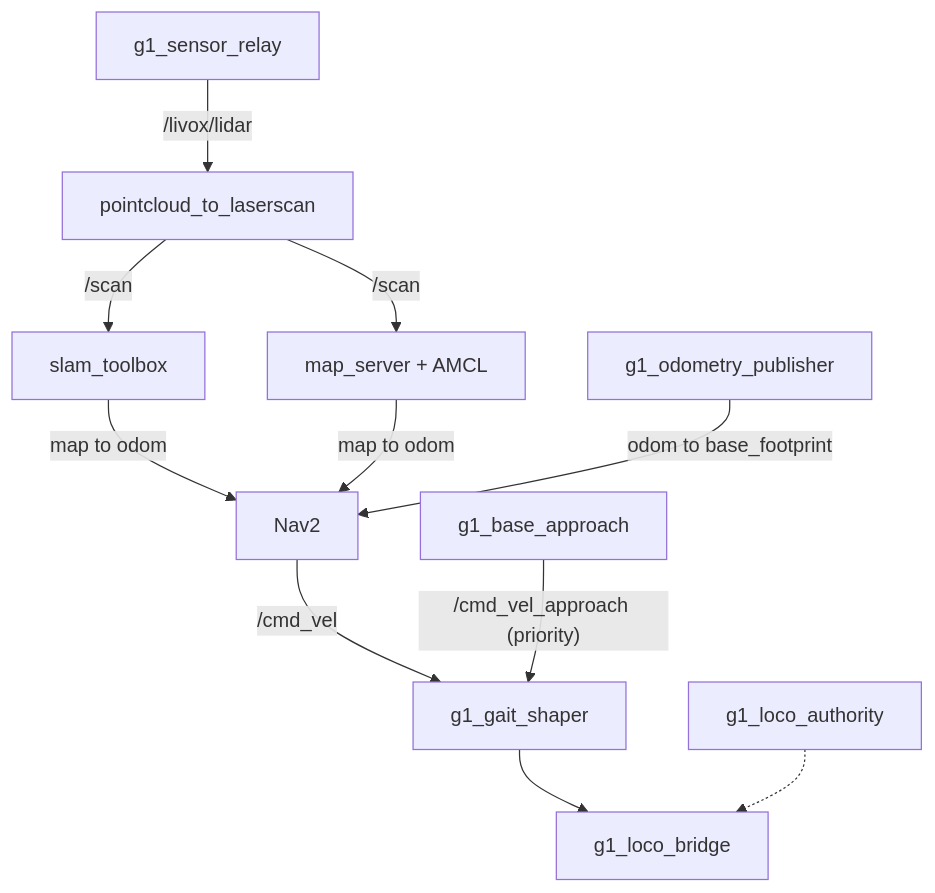
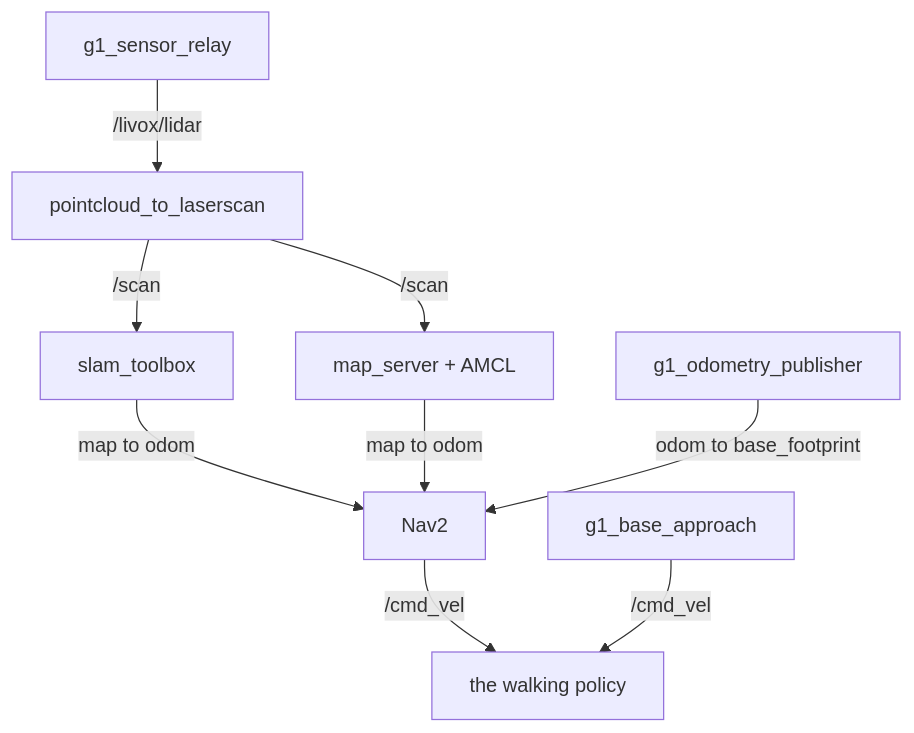
One commit to Adyansh04/grove-g1 changed the diagram in workspace/src/g1_navigation/README.md. Above: the diagram before and after it, drawn with Mermaid. The commit also changed other lines of this file and 10 other files, not shown here.

````diff
--- a/workspace/src/g1_navigation/README.md
+++ b/workspace/src/g1_navigation/README.md
@@ -8,13 +8,11 @@
 ```mermaid
 flowchart TB
     RELAY["g1_sensor_relay"] -- "/livox/lidar" --> SCAN["pointcloud_to_laserscan"]
     SCAN -- "/scan" --> SLAM["slam_toolbox"]
     SCAN -- "/scan" --> AMCL["map_server + AMCL"]
     SLAM -- "map to odom" --> NAV2
     AMCL -- "map to odom" --> NAV2
     ODOM["g1_odometry_publisher"] -- "odom to base_footprint" --> NAV2
-    NAV2["Nav2"] -- "/cmd_vel" --> SHAPE["g1_gait_shaper"]
-    APPR["g1_base_approach"] -- "/cmd_vel_approach (priority)" --> SHAPE
-    SHAPE --> BRIDGE["g1_loco_bridge"]
-    AUTH["g1_loco_authority"] -.-> BRIDGE
+    NAV2["Nav2"] -- "/cmd_vel" --> POL["the walking policy"]
+    APPR["g1_base_approach"] -- "/cmd_vel" --> POL
 ```
````
